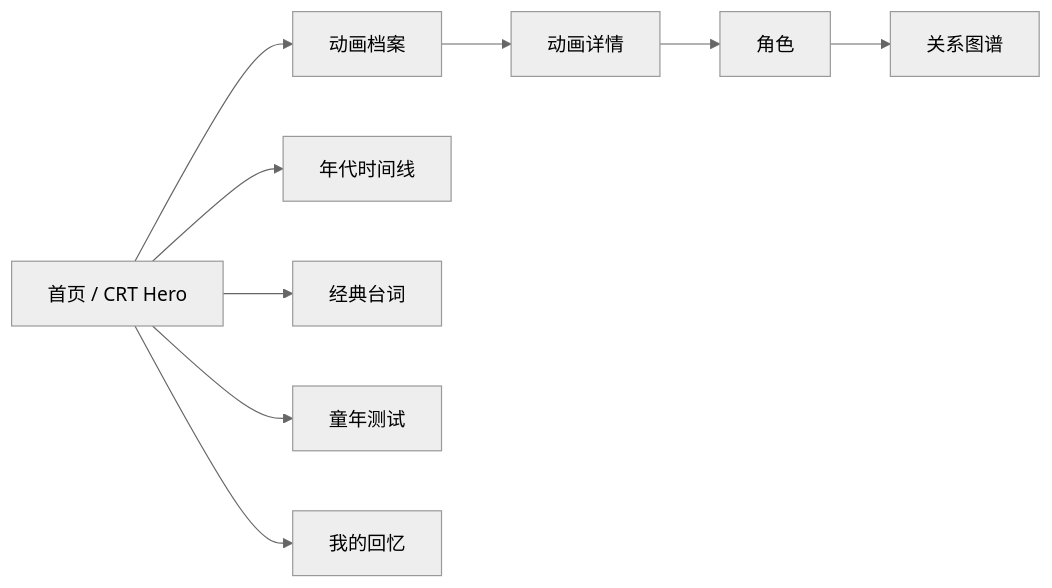
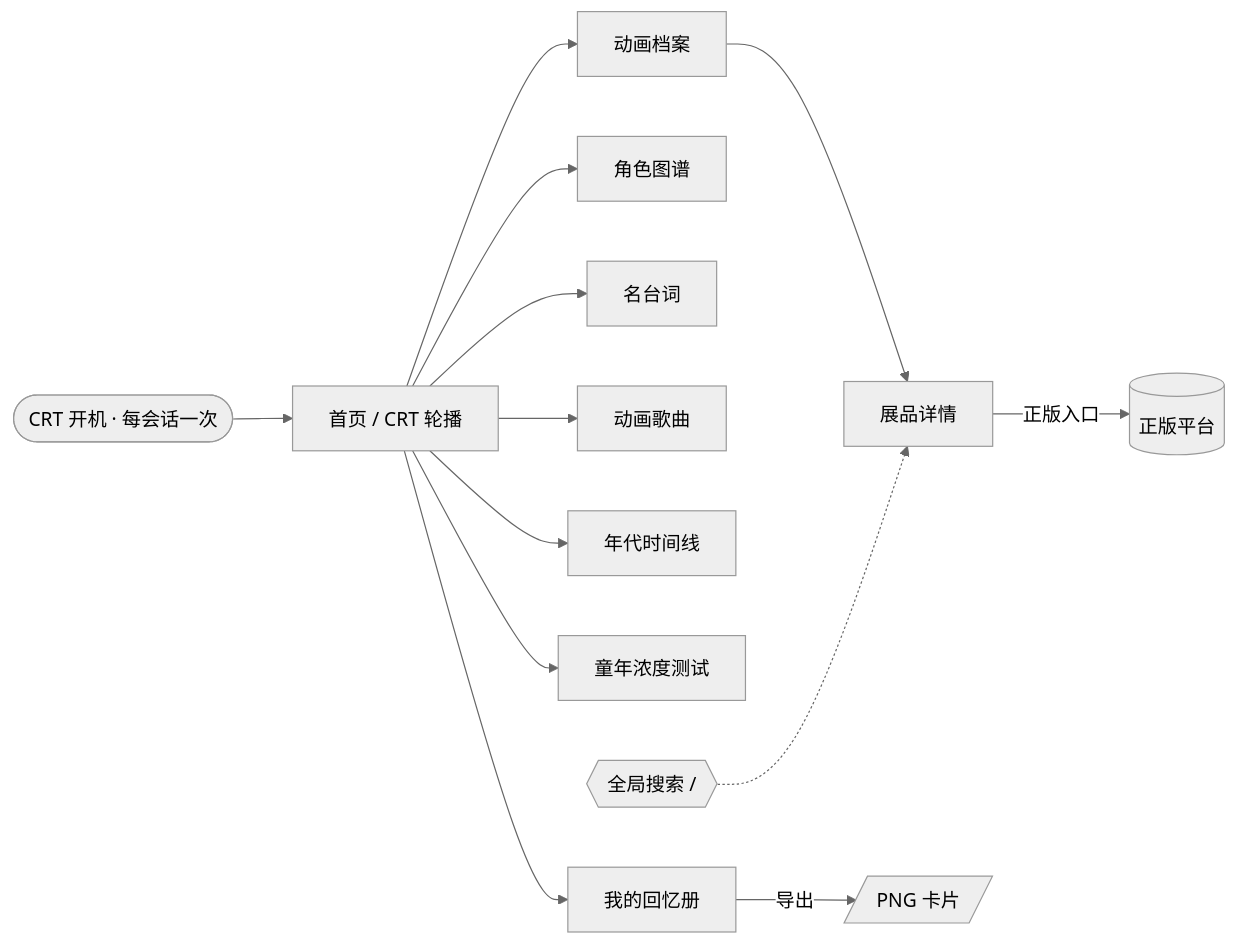
One commit to Dream22180971/animation-memory-museum changed the diagram in README.zh-CN.md. Above: the diagram before and after it, drawn with Mermaid (neutral theme). The commit also changed other lines of this file and 11 other files, not shown here.

````diff
--- a/README.zh-CN.md
+++ b/README.zh-CN.md
@@ -64,11 +86,15 @@
 ```mermaid
 flowchart LR
-    A[首页 / CRT Hero] --> B[动画档案]
-    A --> C[年代时间线]
-    A --> D[经典台词]
-    B --> E[动画详情]
-    E --> F[角色]
-    F --> G[关系图谱]
-    A --> H[童年测试]
-    A --> I[我的回忆]
+    Boot([CRT 开机 · 每会话一次]) --> Home[首页 / CRT 轮播]
+    Home --> Archive[动画档案]
+    Archive --> Exhibit[展品详情]
+    Exhibit -->|正版入口| Platform[(正版平台)]
+    Home --> Characters[角色图谱]
+    Home --> Quotes[名台词]
+    Home --> Songs[动画歌曲]
+    Home --> Timeline[年代时间线]
+    Home --> Quiz[童年浓度测试]
+    Home --> Memory[我的回忆册]
+    Memory -->|导出| Card[/PNG 卡片/]
+    Search{{全局搜索  /}} -.-> Exhibit
 ```
````
